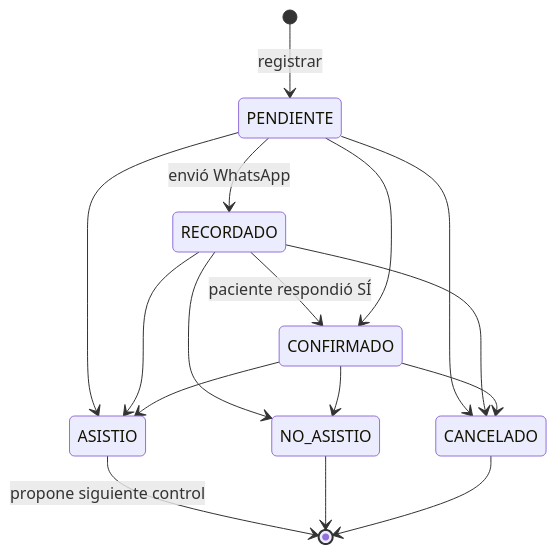
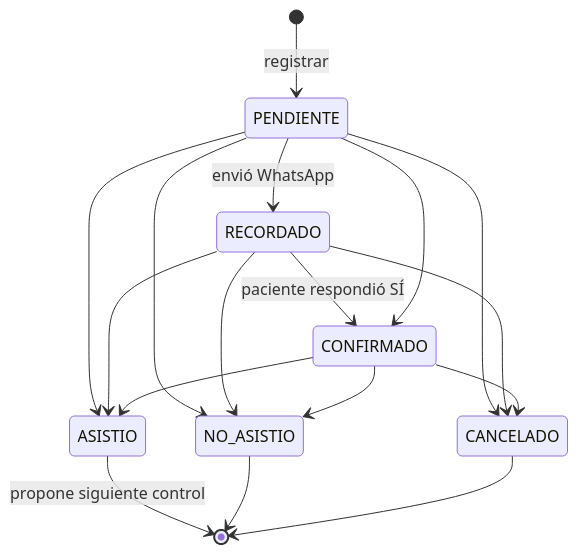
The second of 2 diagrams in docs/planificacion/03-modelo-de-datos.md (Renzoft/gerenz-dent), drawn with Mermaid before and after one commit. The commit also changed 42 other files, not shown here.

````diff
--- a/docs/planificacion/03-modelo-de-datos.md
+++ b/docs/planificacion/03-modelo-de-datos.md
@@ -119,18 +119,19 @@
 ```mermaid
 stateDiagram-v2
     [*] --> PENDIENTE: registrar
     PENDIENTE --> RECORDADO: envió WhatsApp
     RECORDADO --> CONFIRMADO: paciente respondió SÍ
     PENDIENTE --> CONFIRMADO
     PENDIENTE --> ASISTIO
     RECORDADO --> ASISTIO
     CONFIRMADO --> ASISTIO
+    PENDIENTE --> NO_ASISTIO
     RECORDADO --> NO_ASISTIO
     CONFIRMADO --> NO_ASISTIO
     PENDIENTE --> CANCELADO
     RECORDADO --> CANCELADO
     CONFIRMADO --> CANCELADO
     ASISTIO --> [*]: propone siguiente control
     NO_ASISTIO --> [*]
     CANCELADO --> [*]
 ```
````
